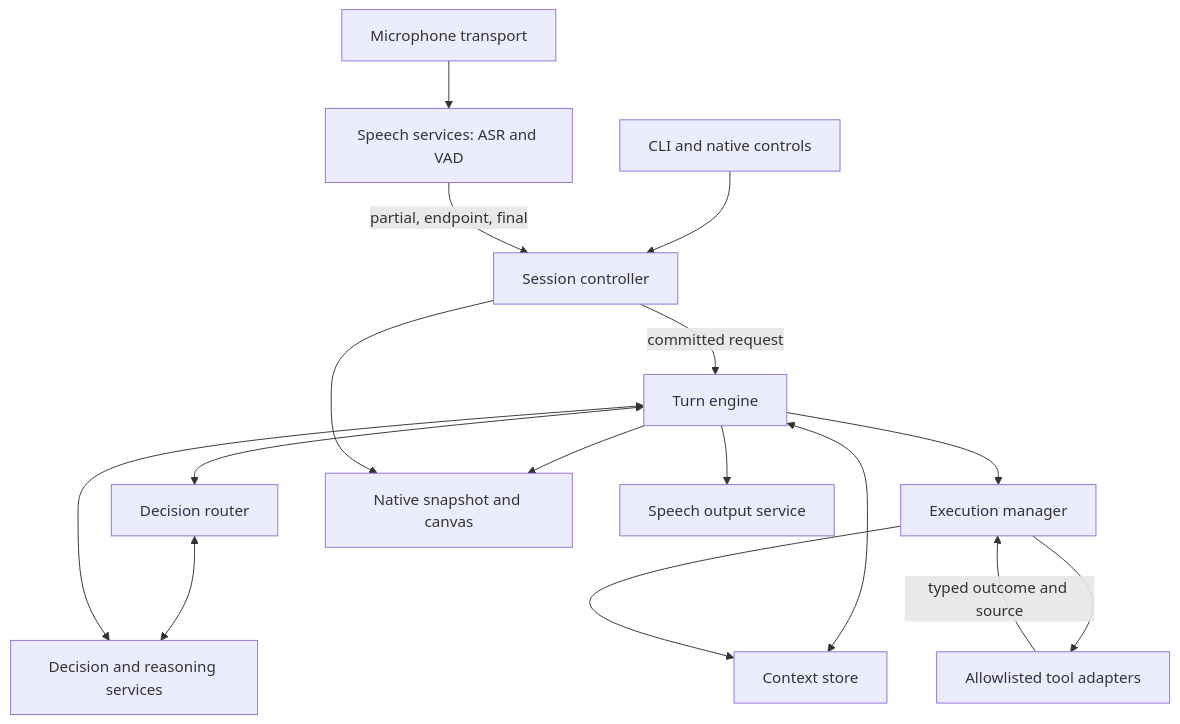
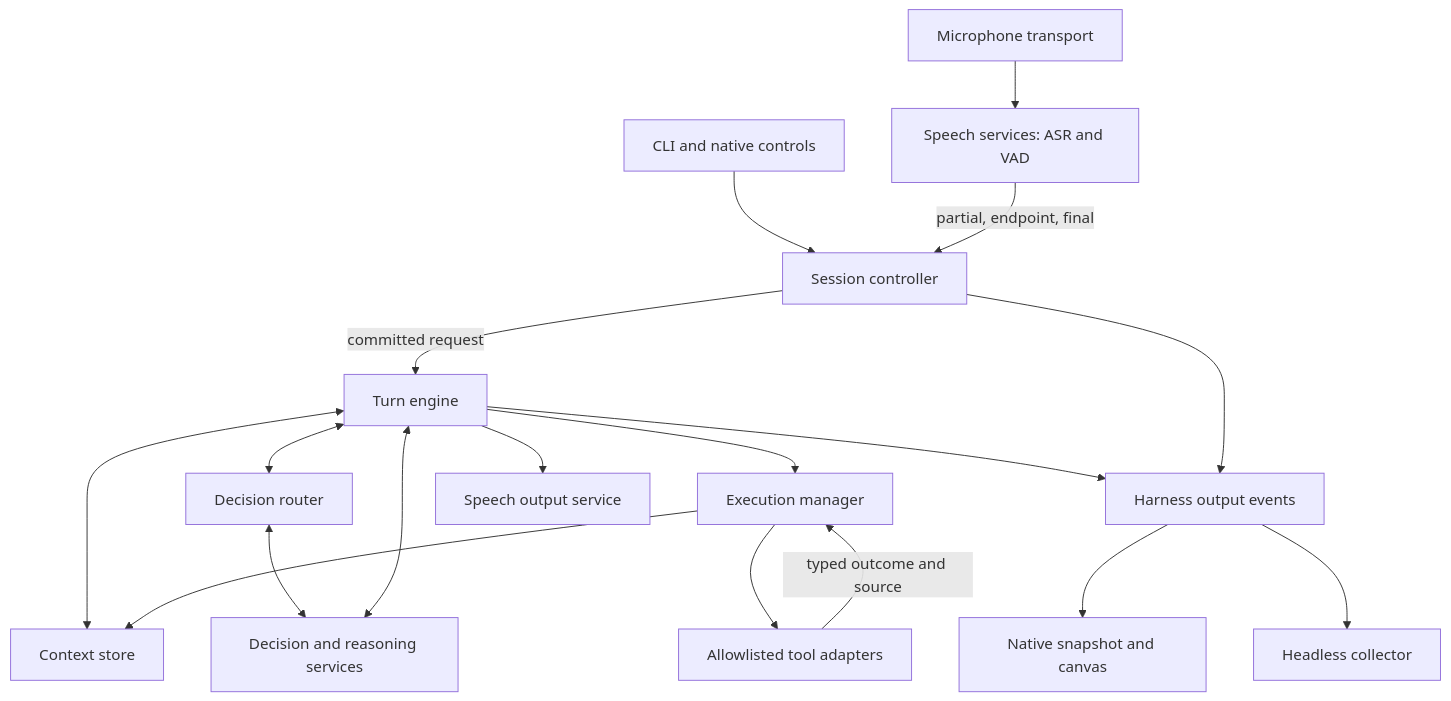
One commit to Janarthanam/agavai changed the first of 3 diagrams in docs/voice-agent-harness.md. Above: the diagram before and after it, drawn with Mermaid. The commit also changed other lines of this file and 34 other files, not shown here.

Commit message:
Decouple the voice harness through ordered UI-independent events

````diff
--- a/docs/voice-agent-harness.md
+++ b/docs/voice-agent-harness.md
@@ -59,18 +60,20 @@
 ```mermaid
 flowchart TD
     Input[CLI and native controls] --> Session[Session controller]
     Audio[Microphone transport] --> Voice[Speech services: ASR and VAD]
     Voice -->|partial, endpoint, final| Session
     Session -->|committed request| Engine[Turn engine]
     Engine <--> Context[Context store]
     Engine <--> Routing[Decision router]
     Routing <--> Models[Decision and reasoning services]
     Engine <--> Models
     Engine --> Execution[Execution manager]
     Execution --> Tools[Allowlisted tool adapters]
     Tools -->|typed outcome and source| Execution
     Execution --> Context
-    Engine --> View[Native snapshot and canvas]
-    Session --> View
+    Engine --> Events[Harness output events]
+    Session --> Events
+    Events --> View[Native snapshot and canvas]
+    Events --> Collector[Headless collector]
     Engine --> Speech[Speech output service]
 ```
````
